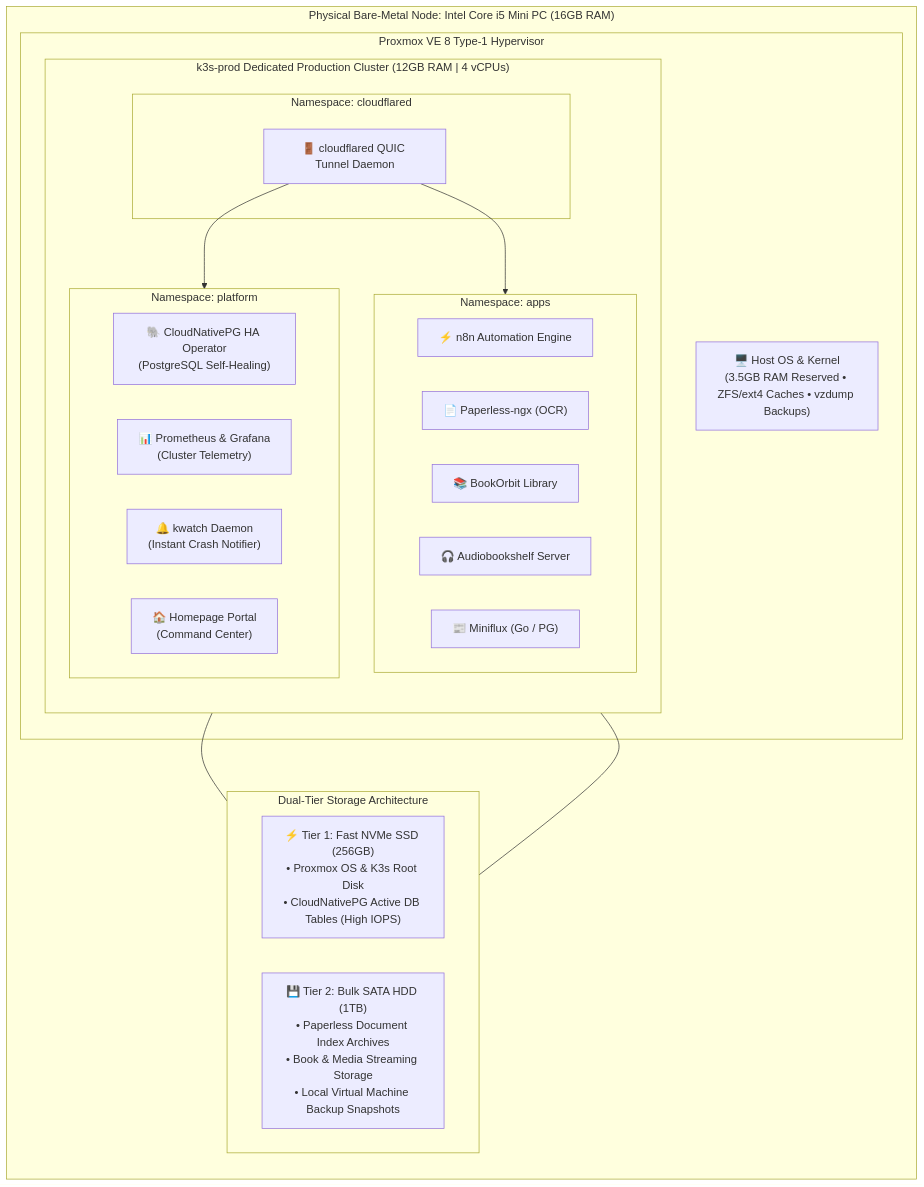
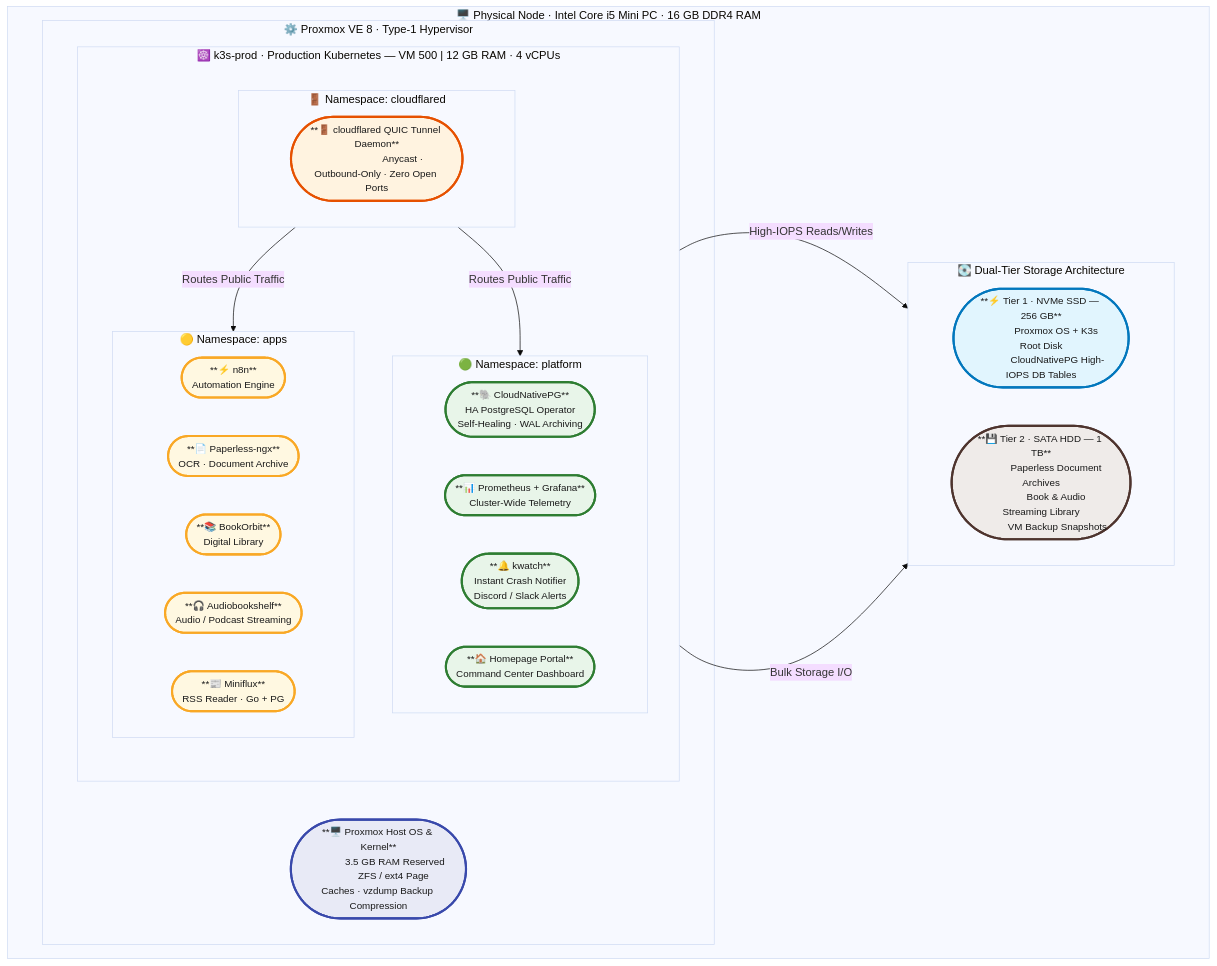
One commit to vsingh55/homelab-ops changed the second of 4 diagrams in README.md. Above: the diagram before and after it, drawn with Mermaid. The commit also changed other lines of this file, not shown here.

````diff
--- a/README.md
+++ b/README.md
@@ -109,46 +113,88 @@
 ```mermaid
+%%{init: {'theme': 'base', 'themeVariables': {'fontSize': '16px', 'fontFamily': 'Inter, Segoe UI, sans-serif'}, 'flowchart': {'curve': 'basis', 'nodeSpacing': 55, 'rankSpacing': 75}}}%%
 flowchart TD
-    subgraph BareMetal["Physical Bare-Metal Node: Intel Core i5 Mini PC (16GB RAM)"]
-        direction TB
-        
-        subgraph Hypervisor["Proxmox VE 8 Type-1 Hypervisor"]
-            HostReserved["🖥️ Host OS & Kernel\n(3.5GB RAM Reserved • ZFS/ext4 Caches • vzdump Backups)"]
-            
-            subgraph VM500["k3s-prod Dedicated Production Cluster (12GB RAM | 4 vCPUs)"]
-                direction TB
-                
-                subgraph NS_Platform["Namespace: platform"]
+
+    %% ── STYLE DEFINITIONS ─────────────────────────────────────────
+    classDef hostStyle    fill:#E8EAF6,stroke:#3949AB,stroke-width:3px,color:#1A1A1A,font-size:14px;
+    classDef pvmStyle     fill:#F3E5F5,stroke:#6A1B9A,stroke-width:3px,color:#1A1A1A,font-size:14px;
+    classDef platformStyle fill:#E8F5E9,stroke:#2E7D32,stroke-width:3px,color:#1A1A1A,font-size:14px;
+    classDef appsStyle    fill:#FFF8E1,stroke:#F9A825,stroke-width:3px,color:#1A1A1A,font-size:14px;
+    classDef ingressStyle fill:#FFF3E0,stroke:#E65100,stroke-width:3px,color:#1A1A1A,font-size:14px;
+    classDef nvmeStyle    fill:#E1F5FE,stroke:#0277BD,stroke-width:3px,color:#1A1A1A,font-size:14px;
+    classDef hddStyle     fill:#EFEBE9,stroke:#4E342E,stroke-width:3px,color:#1A1A1A,font-size:14px;
+
+    %% ── PHYSICAL HOST ─────────────────────────────────────────────
+    subgraph BareMetal["🖥️  Physical Node · Intel Core i5 Mini PC · 16 GB DDR4 RAM"]
+
+        subgraph Hypervisor["⚙️  Proxmox VE 8 · Type-1 Hypervisor"]
+
+            HostReserved(["**🖥️ Proxmox Host OS & Kernel**
+            3.5 GB RAM Reserved
+            ZFS / ext4 Page Caches · vzdump Backup Compression"])
+
+            subgraph VM500["☸️  k3s-prod · Production Kubernetes — VM 500  |  12 GB RAM · 4 vCPUs"]
+
+                subgraph NS_Ingress["🚪  Namespace: cloudflared"]
                     direction LR
-                    CNPG["🐘 CloudNativePG HA Operator\n(PostgreSQL Self-Healing)"]
-                    Telemetry["📊 Prometheus & Grafana\n(Cluster Telemetry)"]
-                    Watch["🔔 kwatch Daemon\n(Instant Crash Notifier)"]
-                    Dashboard["🏠 Homepage Portal\n(Command Center)"]
+                    CF_Pod(["**🚪 cloudflared QUIC Tunnel Daemon**
+                    Anycast · Outbound-Only · Zero Open Ports"])
                 end
 
-                subgraph NS_Apps["Namespace: apps"]
+                subgraph NS_Platform["🟢  Namespace: platform"]
                     direction LR
-                    n8n["⚡ n8n Automation Engine"]
-                    Paperless["📄 Paperless-ngx (OCR)"]
-                    BookOrbit["📚 BookOrbit Library"]
-                    Audio["🎧 Audiobookshelf Server"]
-                    RSS["📰 Miniflux (Go / PG)"]
+                    CNPG(["**🐘 CloudNativePG**
+                    HA PostgreSQL Operator
+                    Self-Healing · WAL Archiving"])
+                    Telemetry(["**📊 Prometheus + Grafana**
+                    Cluster-Wide Telemetry"])
+                    Watch(["**🔔 kwatch**
+                    Instant Crash Notifier
+                    Discord / Slack Alerts"])
+                    Dashboard(["**🏠 Homepage Portal**
+                    Command Center Dashboard"])
                 end
 
-                subgraph NS_Ingress["Namespace: cloudflared"]
-                    CF_Pod["🚪 cloudflared QUIC Tunnel Daemon"]
+                subgraph NS_Apps["🟡  Namespace: apps"]
+                    direction LR
+                    n8n(["**⚡ n8n**
+                    Automation Engine"])
+                    Paperless(["**📄 Paperless-ngx**
+                    OCR · Document Archive"])
+                    BookOrbit(["**📚 BookOrbit**
+                    Digital Library"])
+                    Audio(["**🎧 Audiobookshelf**
+                    Audio / Podcast Streaming"])
+                    RSS(["**📰 Miniflux**
+                    RSS Reader · Go + PG"])
                 end
+
             end
         end
 
-        subgraph StorageLayer["Dual-Tier Storage Architecture"]
+        %% ── DUAL-TIER STORAGE ────────────────────────────────────
+        subgraph StorageLayer["💽  Dual-Tier Storage Architecture"]
             direction LR
-            NVMe["⚡ Tier 1: Fast NVMe SSD (256GB)\n• Proxmox OS & K3s Root Disk\n• CloudNativePG Active DB Tables (High IOPS)"]
-            HDD["💾 Tier 2: Bulk SATA HDD (1TB)\n• Paperless Document Index Archives\n• Book & Media Streaming Storage\n• Local Virtual Machine Backup Snapshots"]
+            NVMe(["**⚡ Tier 1 · NVMe SSD — 256 GB**
+            Proxmox OS + K3s Root Disk
+            CloudNativePG High-IOPS DB Tables"])
+            HDD(["**💾 Tier 2 · SATA HDD — 1 TB**
+            Paperless Document Archives
+            Book & Audio Streaming Library
+            VM Backup Snapshots"])
         end
+
     end
 
-    CF_Pod --> NS_Platform
-    CF_Pod --> NS_Apps
-    VM500 --- NVMe
-    VM500 --- HDD
+    %% ── FLOWS ─────────────────────────────────────────────────────
+    CF_Pod -- "Routes Public Traffic"  --> NS_Platform
+    CF_Pod -- "Routes Public Traffic"  --> NS_Apps
+    VM500  -- "High-IOPS Reads/Writes" --> NVMe
+    VM500  -- "Bulk Storage I/O"       --> HDD
+
+    class HostReserved hostStyle;
+    class CF_Pod ingressStyle;
+    class CNPG,Telemetry,Watch,Dashboard platformStyle;
+    class n8n,Paperless,BookOrbit,Audio,RSS appsStyle;
+    class NVMe nvmeStyle;
+    class HDD hddStyle;
 ```
````
